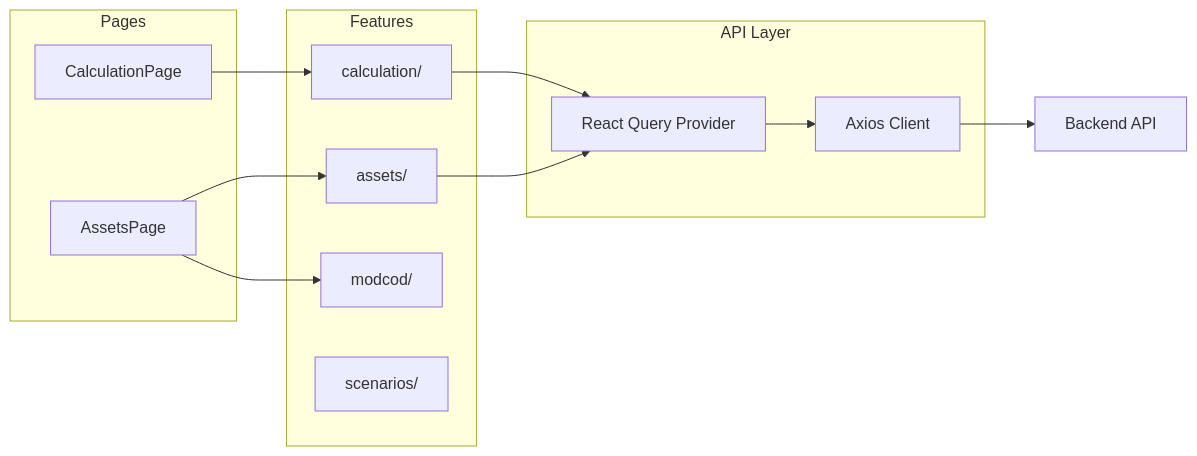
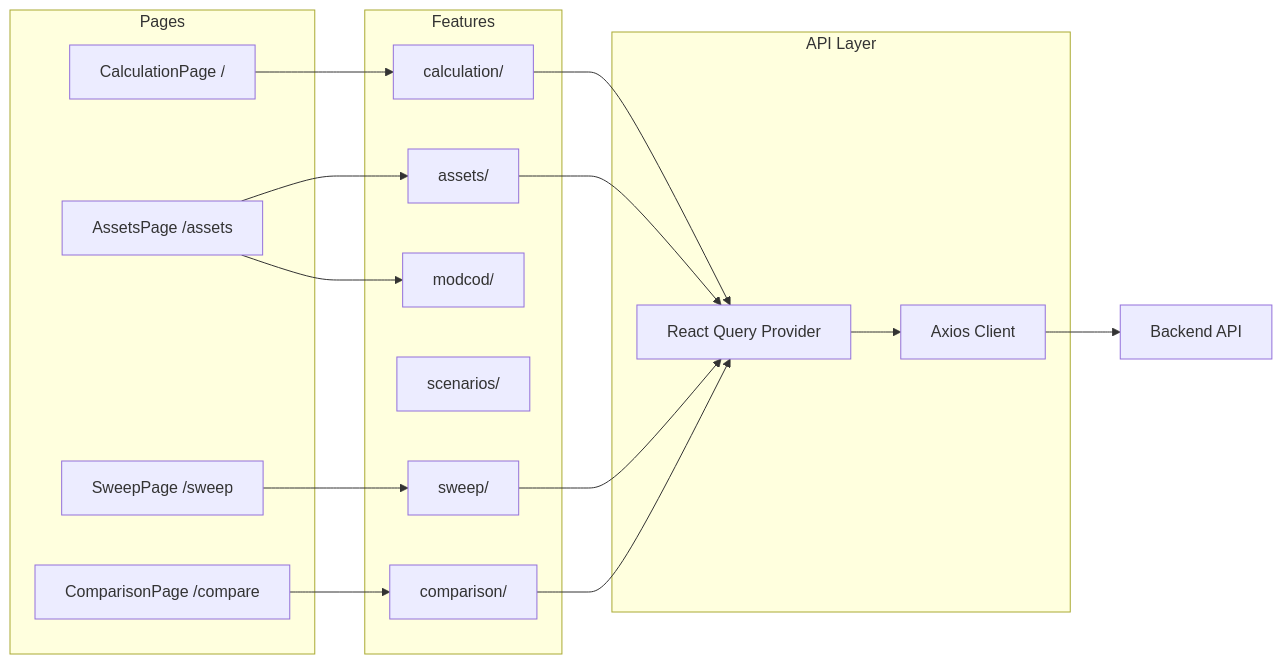
One commit to tasumu/ntn-lbtools changed the second of 11 diagrams in docs/architecture.md. Above: the diagram before and after it, drawn with Mermaid. The commit also changed other lines of this file and 4 other files, not shown here.

````diff
--- a/docs/architecture.md
+++ b/docs/architecture.md
@@ -58,27 +58,35 @@
 ```mermaid
 flowchart LR
     subgraph Pages
-        CalcPage[CalculationPage]
-        AssetsPage[AssetsPage]
+        CalcPage[CalculationPage /]
+        AssetsPage[AssetsPage /assets]
+        SweepPage[SweepPage /sweep]
+        ComparePage[ComparisonPage /compare]
     end
 
     subgraph Features
         CalcFeature[calculation/]
         AssetsFeature[assets/]
         ModcodFeature[modcod/]
         ScenariosFeature[scenarios/]
+        SweepFeature[sweep/]
+        CompareFeature[comparison/]
     end
 
     subgraph API Layer
         AxiosClient[Axios Client]
         ReactQuery[React Query Provider]
     end
 
     CalcPage --> CalcFeature
     AssetsPage --> AssetsFeature
     AssetsPage --> ModcodFeature
+    SweepPage --> SweepFeature
+    ComparePage --> CompareFeature
     CalcFeature --> ReactQuery
     AssetsFeature --> ReactQuery
+    SweepFeature --> ReactQuery
+    CompareFeature --> ReactQuery
     ReactQuery --> AxiosClient
     AxiosClient --> Backend[Backend API]
 ```
````
